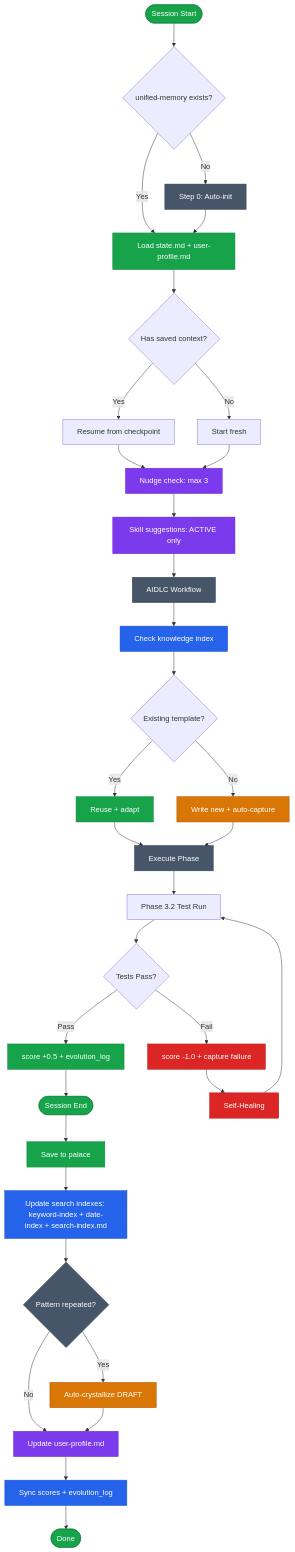
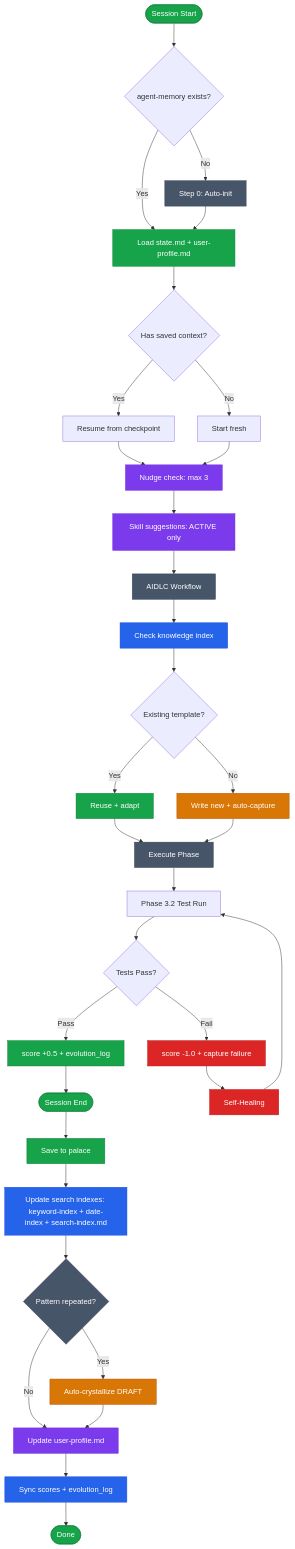
One commit to Vit129/skills changed the ninth of 9 diagrams in skills/doc/aidlc/aidlc-flowchart.md. Above: the diagram before and after it, drawn with Mermaid. The commit also changed other lines of this file and 117 other files, not shown here.

Commit message:
refactor: migrate unified-memory system to agent-memory architecture and consolidate project configuration into rules/ directory

````diff
--- a/skills/doc/aidlc/aidlc-flowchart.md
+++ b/skills/doc/aidlc/aidlc-flowchart.md
@@ -266,59 +266,59 @@
 ```mermaid
 flowchart TD
-    SessionStart([Session Start]) --> Bootstrap{unified-memory exists?}
+    SessionStart([Session Start]) --> Bootstrap{agent-memory exists?}
     Bootstrap -->|No| Init[Step 0: Auto-init]
     Bootstrap -->|Yes| MemLoad[Load state.md + user-profile.md]
     Init --> MemLoad
     MemLoad --> HasContext{Has saved context?}
     HasContext -->|Yes| Resume[Resume from checkpoint]
     HasContext -->|No| Fresh[Start fresh]
     Resume --> Nudge[Nudge check: max 3]
     Fresh --> Nudge
     Nudge --> SkillSuggest[Skill suggestions: ACTIVE only]
     SkillSuggest --> AIDLC[AIDLC Workflow]
 
     AIDLC --> KnowCheck[Check knowledge index]
     KnowCheck --> HasTemplate{Existing template?}
     HasTemplate -->|Yes| Reuse[Reuse + adapt]
     HasTemplate -->|No| NewCode[Write new + auto-capture]
     Reuse --> Execute[Execute Phase]
     NewCode --> Execute
 
     Execute --> Phase32[Phase 3.2 Test Run]
     Phase32 --> TestResult{Tests Pass?}
     TestResult -->|Pass| ScoreUp[score +0.5 + evolution_log]
     TestResult -->|Fail| ScoreDown[score -1.0 + capture failure]
     ScoreUp --> SessionEnd
     ScoreDown --> Heal[Self-Healing] --> Phase32
 
     SessionEnd([Session End]) --> MemSave[Save to palace]
     MemSave --> SearchIdx[Update search indexes: keyword-index + date-index + search-index.md]
     SearchIdx --> SkillCrystal{Pattern repeated?}
     SkillCrystal -->|Yes| AutoDraft[Auto-crystallize DRAFT]
     SkillCrystal -->|No| ProfileUpdate[Update user-profile.md]
     AutoDraft --> ProfileUpdate
     ProfileUpdate --> KnowSync[Sync scores + evolution_log]
     KnowSync --> Done([Done])
 
     style SessionStart fill:#16a34a,color:#fff,stroke:#15803d
     style SessionEnd fill:#16a34a,color:#fff,stroke:#15803d
     style Done fill:#16a34a,color:#fff,stroke:#15803d
     style Init fill:#475569,color:#fff,stroke:#334155
     style MemLoad fill:#16a34a,color:#fff,stroke:#15803d
     style MemSave fill:#16a34a,color:#fff,stroke:#15803d
     style Nudge fill:#7c3aed,color:#fff,stroke:#6d28d9
     style SkillSuggest fill:#7c3aed,color:#fff,stroke:#6d28d9
     style KnowCheck fill:#2563eb,color:#fff,stroke:#1d4ed8
     style KnowSync fill:#2563eb,color:#fff,stroke:#1d4ed8
     style SearchIdx fill:#2563eb,color:#fff,stroke:#1d4ed8
     style SkillCrystal fill:#475569,color:#fff,stroke:#334155
     style AutoDraft fill:#d97706,color:#fff,stroke:#b45309
     style ProfileUpdate fill:#7c3aed,color:#fff,stroke:#6d28d9
     style Reuse fill:#16a34a,color:#fff,stroke:#15803d
     style NewCode fill:#d97706,color:#fff,stroke:#b45309
     style ScoreUp fill:#16a34a,color:#fff,stroke:#15803d
     style ScoreDown fill:#dc2626,color:#fff,stroke:#b91c1c
     style Heal fill:#dc2626,color:#fff,stroke:#b91c1c
     style AIDLC fill:#475569,color:#fff,stroke:#334155
     style Execute fill:#475569,color:#fff,stroke:#334155
 ```
````
